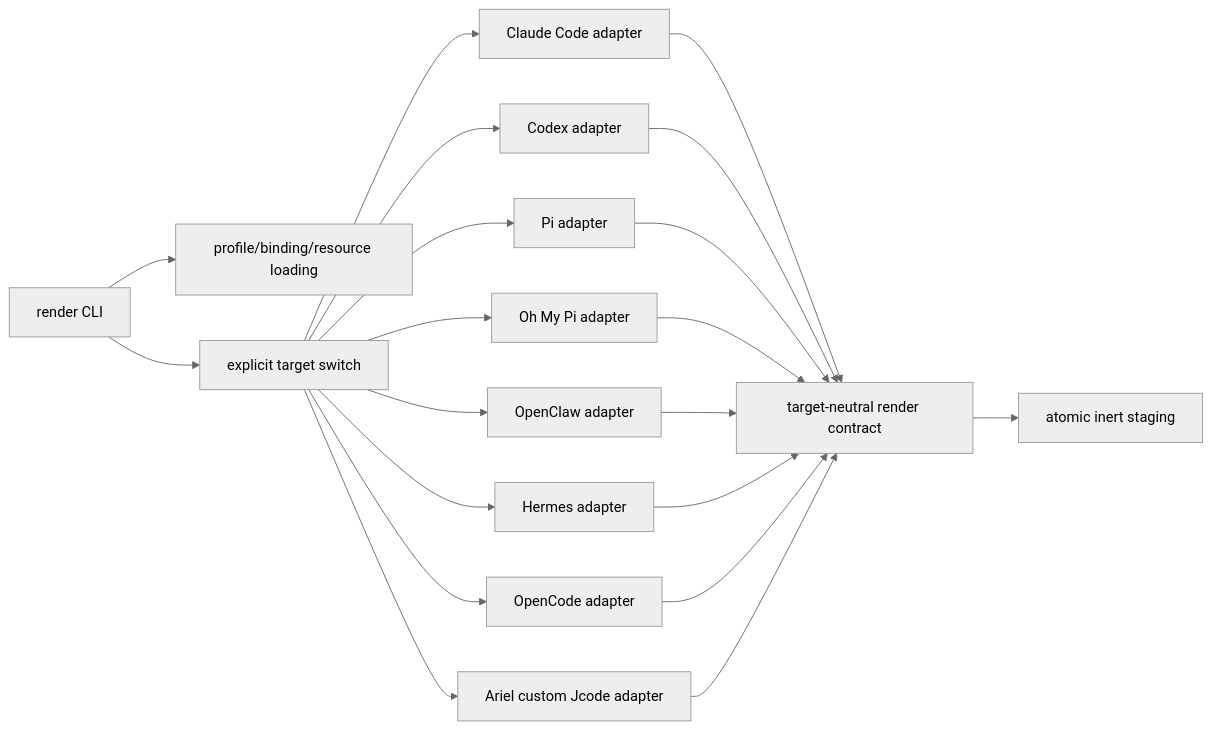
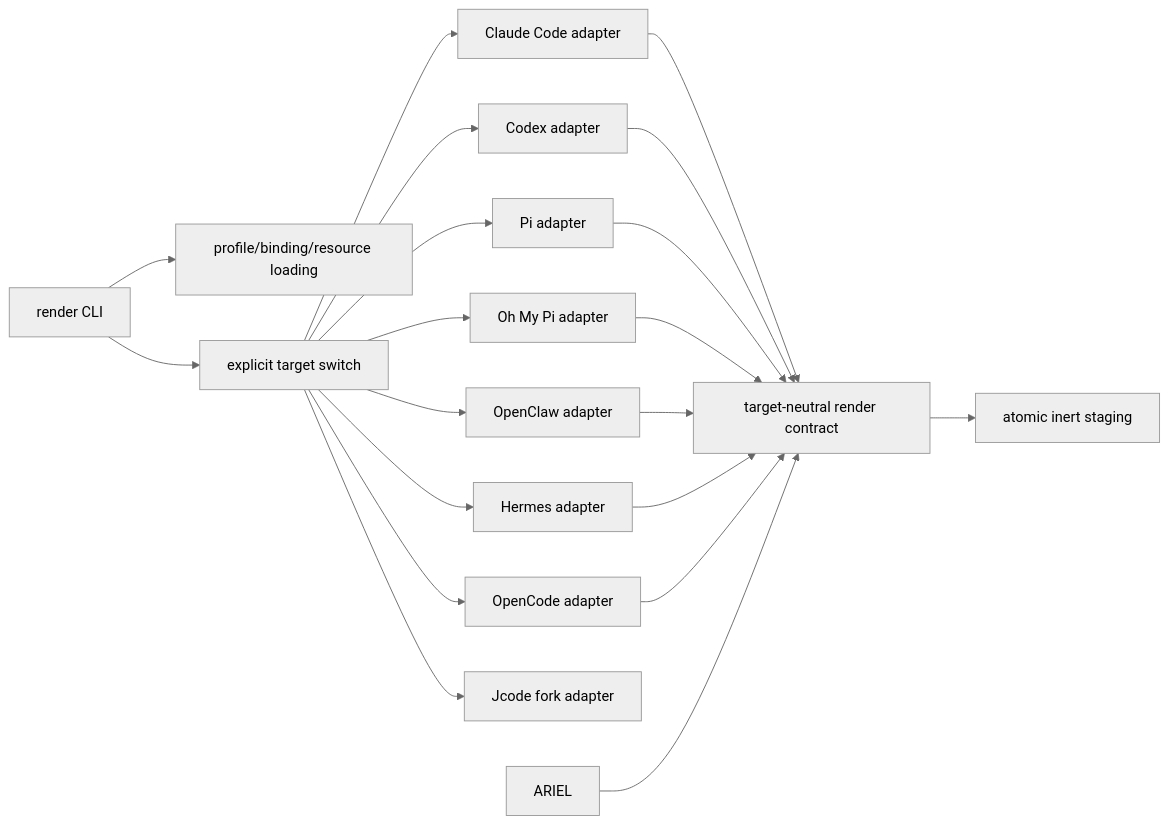
The diagram in docs/dev/adapter-architecture.md (ariel-frischer/profile-mango), drawn with Mermaid (neutral theme) before and after one commit. The commit also changed other lines of this file and 30 other files, not shown here.

First line of the commit message:
public: sanitize maintainer identity and rename experimental target to jcode-fork

````diff
--- a/docs/dev/adapter-architecture.md
+++ b/docs/dev/adapter-architecture.md
@@ -9,22 +9,22 @@
 ```mermaid
 flowchart LR
     CLI[render CLI] --> LOAD[profile/binding/resource loading]
     CLI --> DISPATCH[explicit target switch]
     DISPATCH --> CLAUDE[Claude Code adapter]
     DISPATCH --> CODEX[Codex adapter]
     DISPATCH --> PI[Pi adapter]
     DISPATCH --> OMP[Oh My Pi adapter]
     DISPATCH --> OPENCLAW[OpenClaw adapter]
     DISPATCH --> HERMES[Hermes adapter]
     DISPATCH --> OPENCODE[OpenCode adapter]
-    DISPATCH --> ARIEL[Ariel custom Jcode adapter]
+    DISPATCH --> FORK[Jcode fork adapter]
     CLAUDE --> CONTRACT
     CODEX --> CONTRACT[target-neutral render contract]
     PI --> CONTRACT
     OMP --> CONTRACT
     OPENCLAW --> CONTRACT
     HERMES --> CONTRACT
     OPENCODE --> CONTRACT
     ARIEL --> CONTRACT
     CONTRACT --> STAGE[atomic inert staging]
 ```
````
